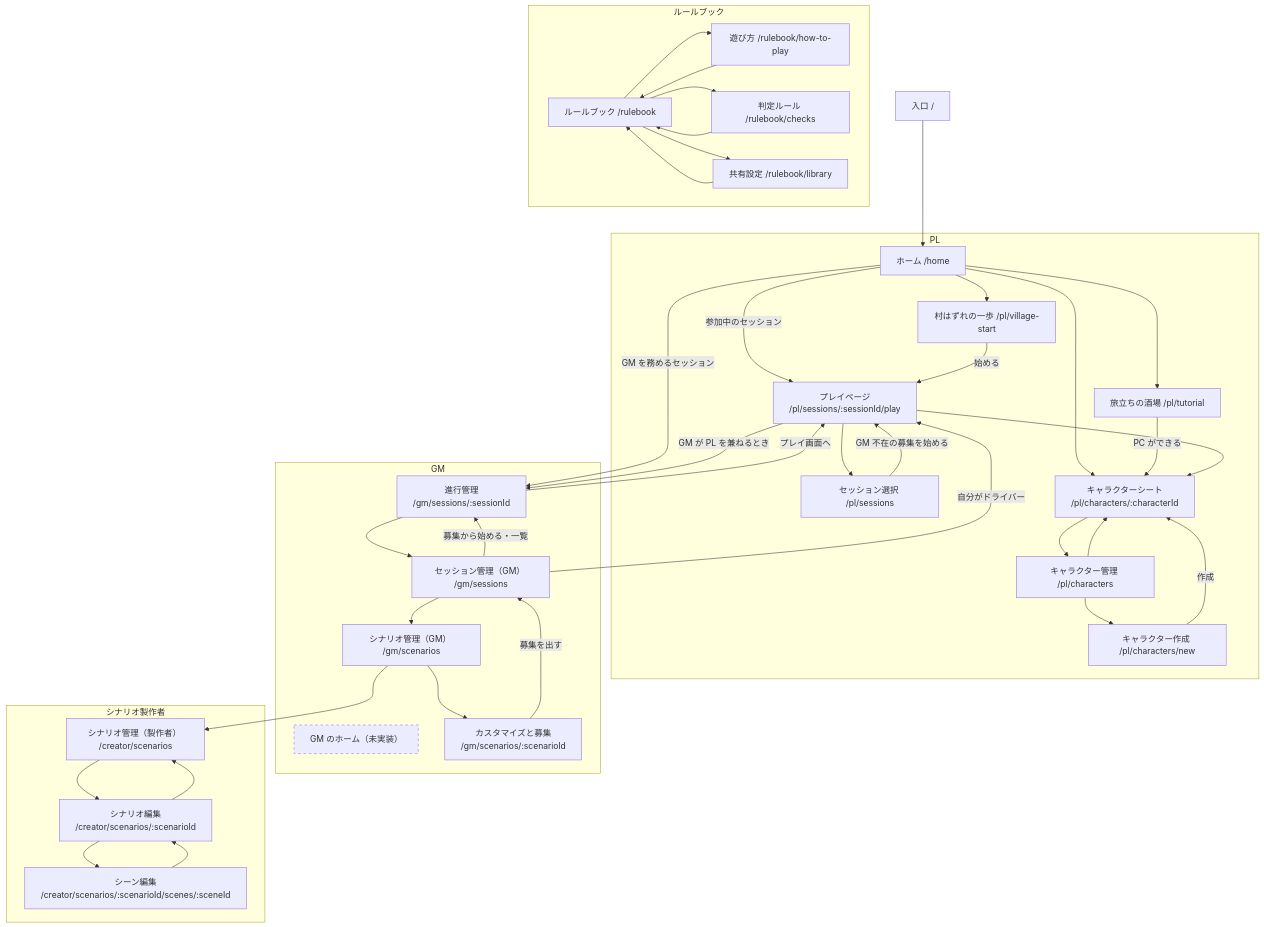
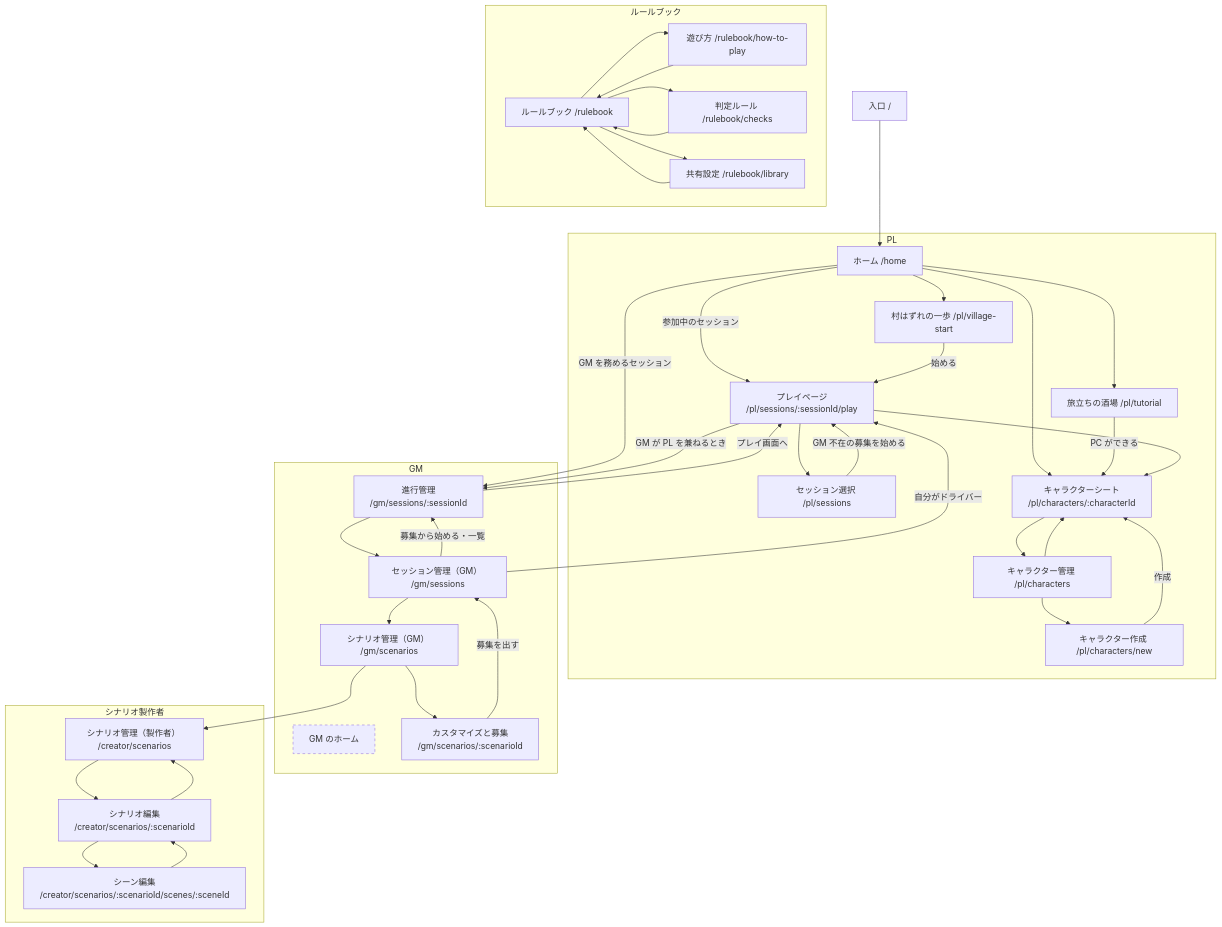
One commit to hibohiboo/CarTaGraphFantasy changed the diagram in docs/screens/index.md. Above: the diagram before and after it, drawn with Mermaid. The commit also changed other lines of this file and 45 other files, not shown here.

````diff
--- a/docs/screens/index.md
+++ b/docs/screens/index.md
@@ -12,66 +13,66 @@
 ```mermaid
 flowchart TB
   entrance["入口 /"] --> home
 
   subgraph PL["PL"]
     home["ホーム /home"]
     tutorial["旅立ちの酒場 /pl/tutorial"]
     village["村はずれの一歩 /pl/village-start"]
     browse["セッション選択 /pl/sessions"]
     play["プレイページ<br/>/pl/sessions/:sessionId/play"]
     charList["キャラクター管理 /pl/characters"]
     charNew["キャラクター作成 /pl/characters/new"]
     charSheet["キャラクターシート<br/>/pl/characters/:characterId"]
   end
 
   subgraph GM["GM"]
-    gmHome["GM のホーム（未実装）"]:::missing
+    gmHome["GM のホーム"]:::missing
     gmScenarios["シナリオ管理（GM） /gm/scenarios"]
     gmScenario["カスタマイズと募集<br/>/gm/scenarios/:scenarioId"]
     gmSessions["セッション管理（GM） /gm/sessions"]
     gmSession["進行管理<br/>/gm/sessions/:sessionId"]
   end
 
   subgraph CR["シナリオ製作者"]
     crList["シナリオ管理（製作者） /creator/scenarios"]
     crEdit["シナリオ編集<br/>/creator/scenarios/:scenarioId"]
     crScene["シーン編集<br/>/creator/scenarios/:scenarioId/scenes/:sceneId"]
   end
 
   subgraph RB["ルールブック"]
     rbToc["ルールブック /rulebook"]
     rbHow["遊び方 /rulebook/how-to-play"]
     rbChecks["判定ルール /rulebook/checks"]
     rbLib["共有設定 /rulebook/library"]
   end
 
   home --> tutorial & village & charSheet
   home -->|参加中のセッション| play
   home -->|GM を務めるセッション| gmSession
   tutorial -->|PC ができる| charSheet
   village -->|始める| play
   browse -->|GM 不在の募集を始める| play
   charList --> charNew & charSheet
   charNew -->|作成| charSheet
   charSheet --> charList
   play --> charSheet & browse
   play -->|GM が PL を兼ねるとき| gmSession
 
   gmScenarios --> gmScenario
   gmScenarios --> crList
   gmScenario -->|募集を出す| gmSessions
   gmSessions --> gmScenarios
   gmSessions -->|募集から始める・一覧| gmSession
   gmSessions -->|自分がドライバー| play
   gmSession --> gmSessions
   gmSession -->|プレイ画面へ| play
 
   crList --> crEdit
   crEdit --> crScene & crList
   crScene --> crEdit
 
   rbToc --> rbHow & rbChecks & rbLib
   rbHow & rbChecks & rbLib --> rbToc
 
   classDef missing stroke-dasharray: 5 5
 ```
````
